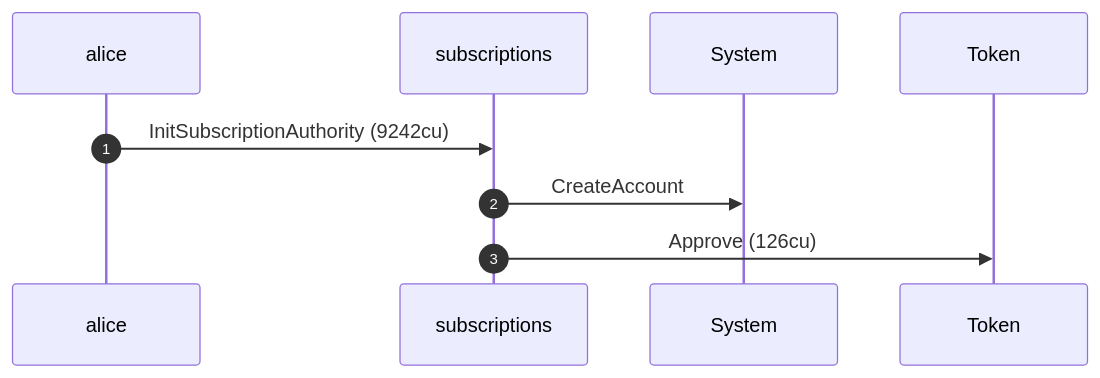
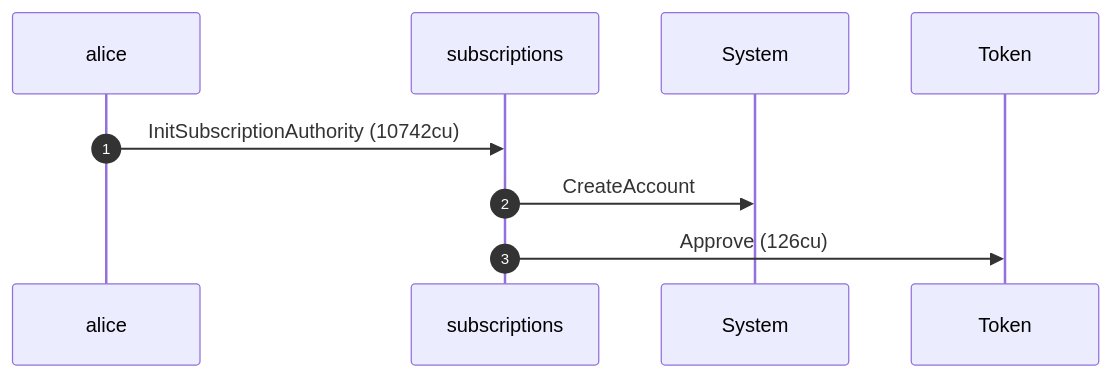
The first of 12 diagrams in dsl_tests/the-delegator-can-revoke-a-sponsor-funded-delegation-before-expiry.md (cds-rs/subscriptions), drawn with Mermaid before and after one commit. The commit also changed other lines of this file and 224 other files, not shown here.

````diff
--- a/dsl_tests/the-delegator-can-revoke-a-sponsor-funded-delegation-before-expiry.md
+++ b/dsl_tests/the-delegator-can-revoke-a-sponsor-funded-delegation-before-expiry.md
@@ -22,11 +23,11 @@
 ```mermaid
 sequenceDiagram
     autonumber
     participant alice
     participant subscriptions
     participant System
     participant Token
-    alice ->> subscriptions: InitSubscriptionAuthority (9242cu)
+    alice ->> subscriptions: InitSubscriptionAuthority (10742cu)
     subscriptions ->> System: CreateAccount
     subscriptions ->> Token: Approve (126cu)
 ```
````
